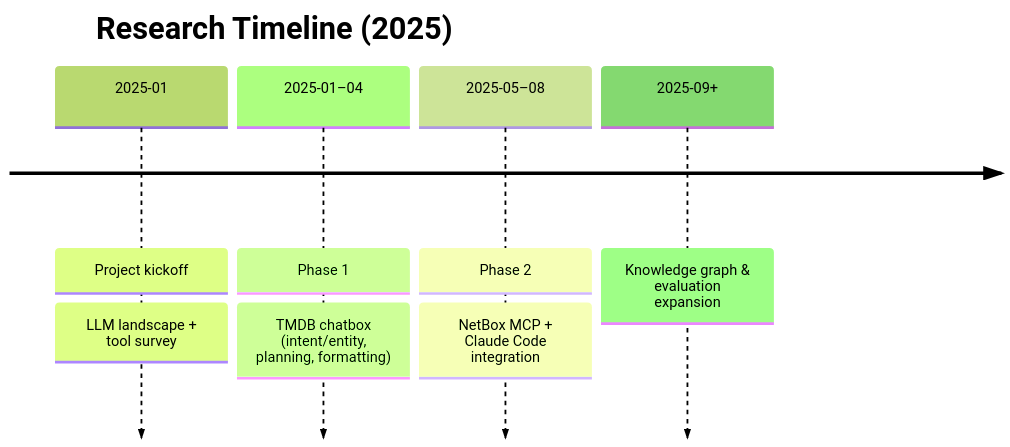
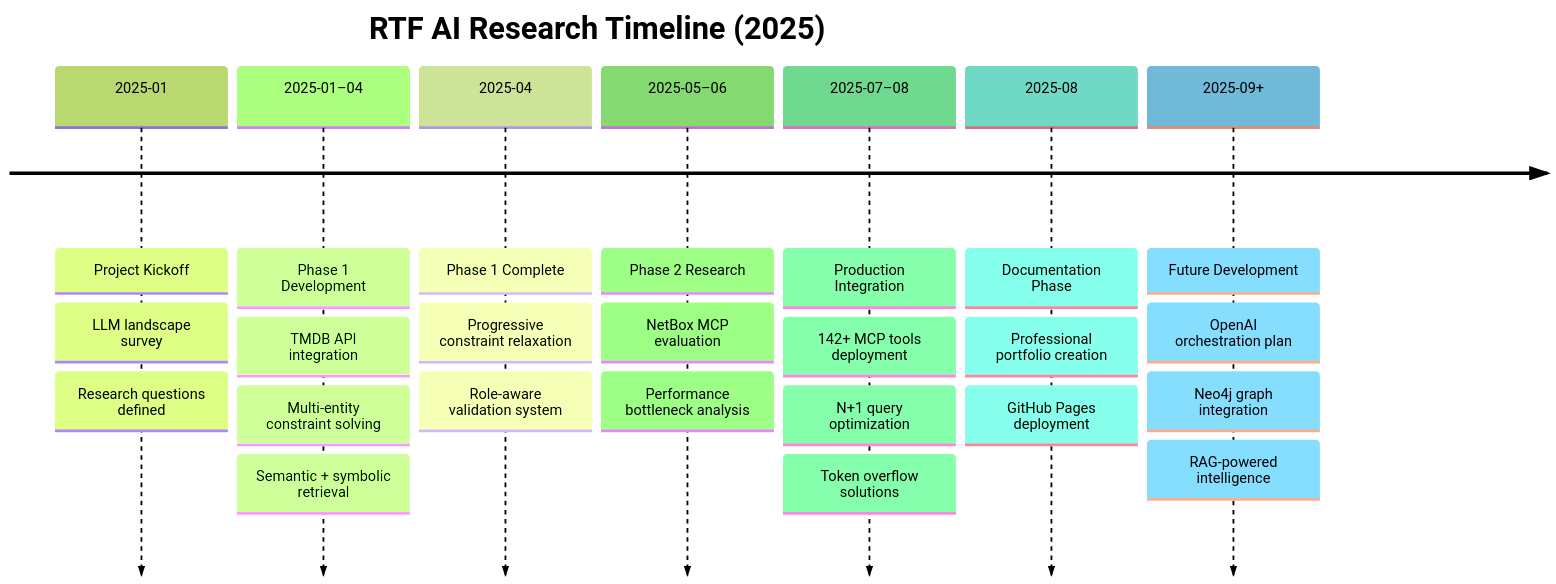
Before and after one commit to FinnMacCumail/rtf-research: the first of 2 diagrams in docs/index.md, drawn with Mermaid (forest theme). The commit also changed other lines of this file and 16 other files, not shown here.

First line of the commit message:
Comprehensive documentation enhancement: Professional RTF research portfolio

````diff
--- a/docs/index.md
+++ b/docs/index.md
@@ -11,8 +25,11 @@
 ```mermaid
 timeline
-    title Research Timeline (2025)
-    2025-01 : Project kickoff : LLM landscape + tool survey
-    2025-01–04 : Phase 1: TMDB chatbox (intent/entity, planning, formatting)
-    2025-05–08 : Phase 2: NetBox MCP + Claude Code integration
-    2025-09+ : Knowledge graph & evaluation expansion
+    title RTF AI Research Timeline (2025)
+    2025-01 : Project Kickoff : LLM landscape survey : Research questions defined
+    2025-01–04 : Phase 1 Development : TMDB API integration : Multi-entity constraint solving : Semantic + symbolic retrieval
+    2025-04 : Phase 1 Complete : Progressive constraint relaxation : Role-aware validation system
+    2025-05–06 : Phase 2 Research : NetBox MCP evaluation : Performance bottleneck analysis
+    2025-07–08 : Production Integration : 142+ MCP tools deployment : N+1 query optimization : Token overflow solutions
+    2025-08 : Documentation Phase : Professional portfolio creation : GitHub Pages deployment
+    2025-09+ : Future Development : OpenAI orchestration plan : Neo4j graph integration : RAG-powered intelligence
 ```
````
